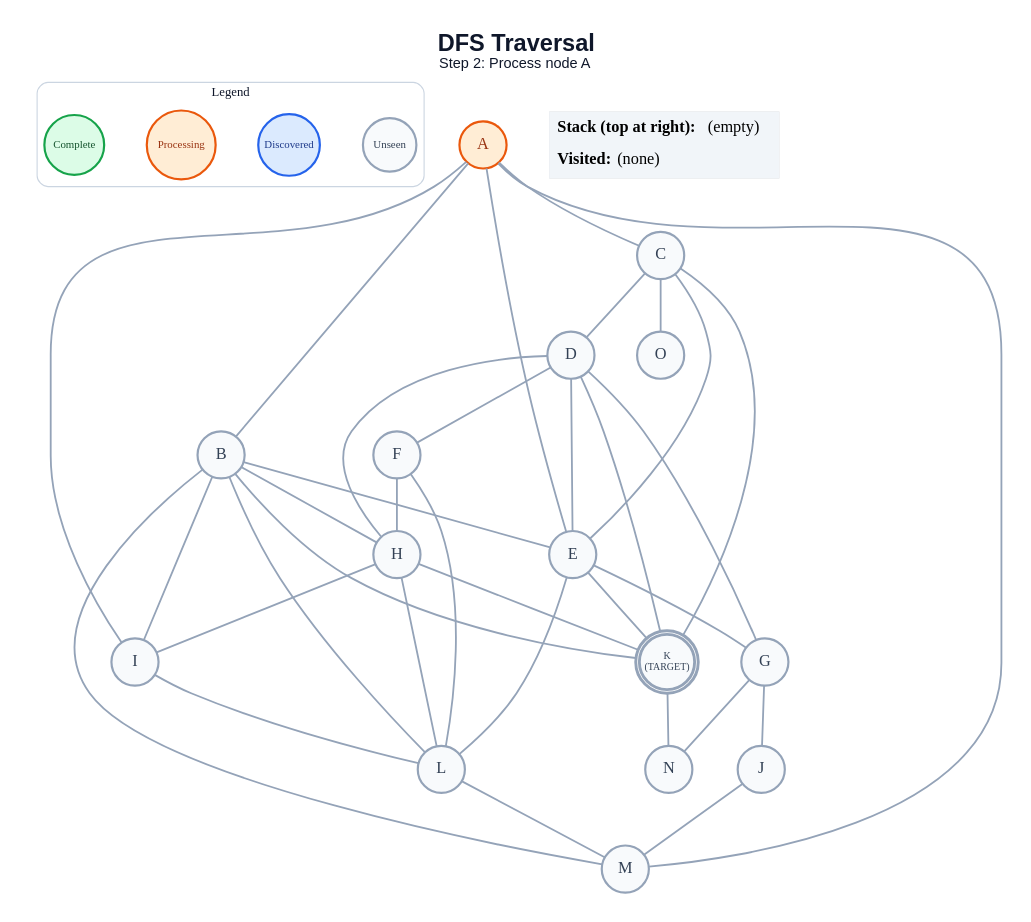
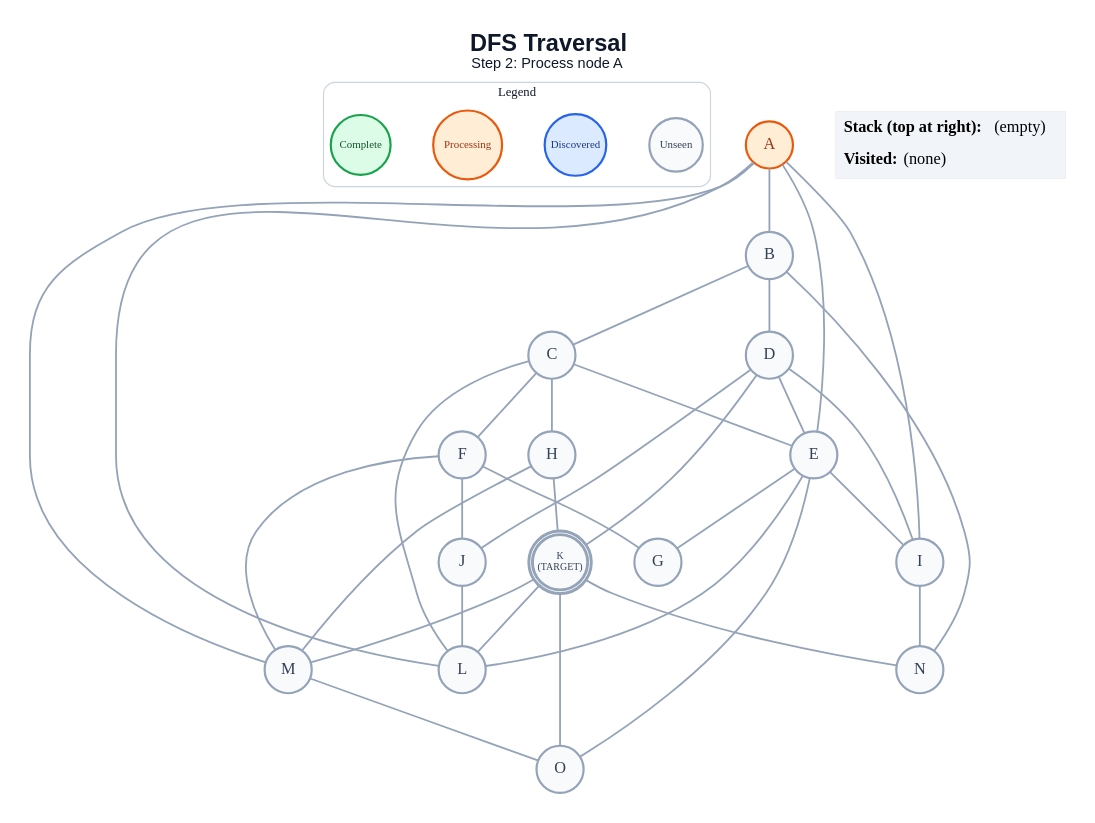
The diagram in generated/dfs/step_02.dot (anon7238593-create/ai-slop), drawn with Graphviz before and after one commit. The commit also changed 249 other files, not shown here.

```diff
--- a/generated/dfs/step_02.dot
+++ b/generated/dfs/step_02.dot
@@ -1,68 +1,66 @@
 graph traversal {
   graph [layout=dot, rankdir=TB, bgcolor="#FFFFFF", pad="0.35", nodesep="0.65", ranksep="0.8", fontname="Arial"];
   node [shape=circle, style="filled", fontname="Arial Bold", fontsize=18, width=0.72, fixedsize=true, penwidth=2.4];
   edge [color="#94A3B8", penwidth=2.0];
   label=<<B>DFS Traversal</B><BR/><FONT POINT-SIZE="16">Step 2: Process node A</FONT>>; labelloc="t"; fontsize=26; fontname="Arial"; fontcolor="#0F172A";
   subgraph cluster_legend { label="Legend"; color="#CBD5E1"; penwidth=1.2; style="rounded"; fontsize=14; fontname="Arial Bold";
     key_unseen [label="Unseen", fillcolor="#F8FAFC", color="#94A3B8", fontcolor="#334155", fontsize=12, width=0.82];
     key_frontier [label="Discovered", fillcolor="#DBEAFE", color="#2563EB", fontcolor="#1E3A8A", fontsize=12, width=0.95];
     key_current [label="Processing", fillcolor="#FFEDD5", color="#EA580C", fontcolor="#9A3412", fontsize=12, width=1.05];
     key_done [label="Complete", fillcolor="#DCFCE7", color="#16A34A", fontcolor="#14532D", fontsize=12, width=0.92];
     { rank=same; key_unseen; key_frontier; key_current; key_done; }
   }
   A [label="A", fillcolor="#FFEDD5", color="#EA580C", fontcolor="#9A3412", peripheries=1, penwidth=2.4];
   B [label="B", fillcolor="#F8FAFC", color="#94A3B8", fontcolor="#334155", peripheries=1, penwidth=2.4];
   C [label="C", fillcolor="#F8FAFC", color="#94A3B8", fontcolor="#334155", peripheries=1, penwidth=2.4];
   D [label="D", fillcolor="#F8FAFC", color="#94A3B8", fontcolor="#334155", peripheries=1, penwidth=2.4];
   E [label="E", fillcolor="#F8FAFC", color="#94A3B8", fontcolor="#334155", peripheries=1, penwidth=2.4];
   F [label="F", fillcolor="#F8FAFC", color="#94A3B8", fontcolor="#334155", peripheries=1, penwidth=2.4];
   G [label="G", fillcolor="#F8FAFC", color="#94A3B8", fontcolor="#334155", peripheries=1, penwidth=2.4];
   H [label="H", fillcolor="#F8FAFC", color="#94A3B8", fontcolor="#334155", peripheries=1, penwidth=2.4];
   I [label="I", fillcolor="#F8FAFC", color="#94A3B8", fontcolor="#334155", peripheries=1, penwidth=2.4];
   J [label="J", fillcolor="#F8FAFC", color="#94A3B8", fontcolor="#334155", peripheries=1, penwidth=2.4];
   K [label="K\n(TARGET)", fillcolor="#F8FAFC", color="#94A3B8", fontcolor="#334155", peripheries=2, penwidth=3.2, fontsize=11, width=0.85, height=0.85];
   L [label="L", fillcolor="#F8FAFC", color="#94A3B8", fontcolor="#334155", peripheries=1, penwidth=2.4];
   M [label="M", fillcolor="#F8FAFC", color="#94A3B8", fontcolor="#334155", peripheries=1, penwidth=2.4];
   N [label="N", fillcolor="#F8FAFC", color="#94A3B8", fontcolor="#334155", peripheries=1, penwidth=2.4];
   O [label="O", fillcolor="#F8FAFC", color="#94A3B8", fontcolor="#334155", peripheries=1, penwidth=2.4];
   A -- B;
-  A -- C;
   A -- E;
   A -- I;
+  A -- L;
   A -- M;
-  B -- E;
-  B -- H;
-  B -- I;
-  B -- K;
-  B -- L;
-  B -- M;
-  C -- D;
+  B -- C;
+  B -- D;
+  B -- N;
   C -- E;
-  C -- K;
-  C -- O;
+  C -- F;
+  C -- H;
+  C -- L;
   D -- E;
-  D -- F;
-  D -- G;
-  D -- H;
+  D -- I;
+  D -- J;
   D -- K;
   E -- G;
-  E -- K;
+  E -- I;
   E -- L;
-  F -- H;
-  F -- L;
-  G -- J;
-  G -- N;
-  H -- I;
+  E -- O;
+  F -- G;
+  F -- J;
+  F -- M;
   H -- K;
-  H -- L;
-  I -- L;
-  J -- M;
+  H -- M;
+  I -- N;
+  J -- L;
+  K -- L;
+  K -- M;
   K -- N;
-  L -- M;
+  K -- O;
+  M -- O;
   status [shape=plain, fixedsize=false, width=0, height=0, margin=0, label=<
     <TABLE BORDER="0" CELLBORDER="0" CELLPADDING="7" BGCOLOR="#F1F5F9">
       <TR><TD ALIGN="LEFT"><B>Stack (top at right):</B> (empty)</TD></TR>
       <TR><TD ALIGN="LEFT"><B>Visited:</B> (none)</TD></TR>
     </TABLE>
   >];
 }
```
